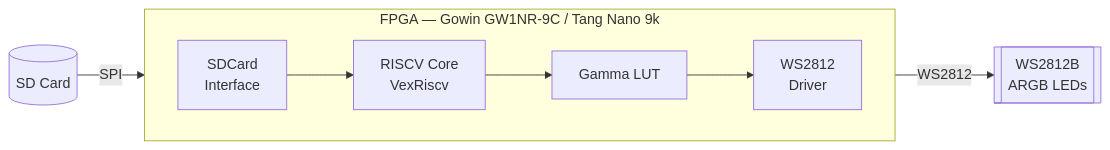
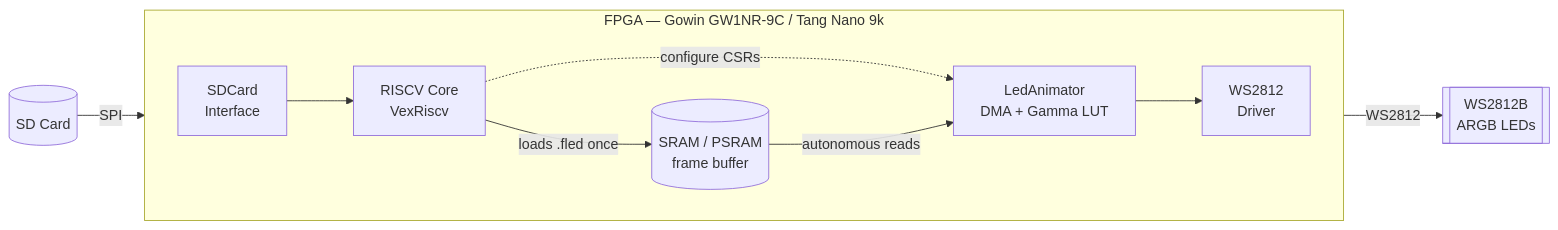
The diagram in README.md (yJulian/FLED_SoC), drawn with Mermaid before and after one commit. The commit also changed other lines of this file and 3 other files, not shown here.

````diff
--- a/README.md
+++ b/README.md
@@ -32,17 +32,22 @@
 ```mermaid
 flowchart LR
     SD[("SD Card")]
     LED[["WS2812B<br/>ARGB LEDs"]]
 
     subgraph FPGA["FPGA — Gowin GW1NR-9C / Tang Nano 9k"]
         direction LR
         SDIF["SDCard<br/>Interface"]
         CPU["RISCV Core<br/>VexRiscv"]
-        GAMMA["Gamma LUT"]
+        RAM[("SRAM / PSRAM<br/>frame buffer")]
+        DMA["LedAnimator<br/>DMA + Gamma LUT"]
         WS["WS2812<br/>Driver"]
-        SDIF --> CPU --> GAMMA --> WS
+        SDIF --> CPU
+        CPU -- "loads .fled once" --> RAM
+        CPU -. "configure CSRs" .-> DMA
+        RAM -- "autonomous reads" --> DMA
+        DMA --> WS
     end
 
     SD -- SPI --> SDIF
     WS -- WS2812 --> LED
 ```
````
